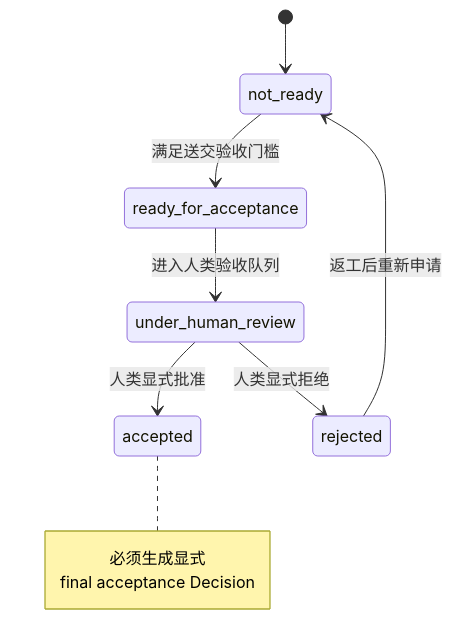
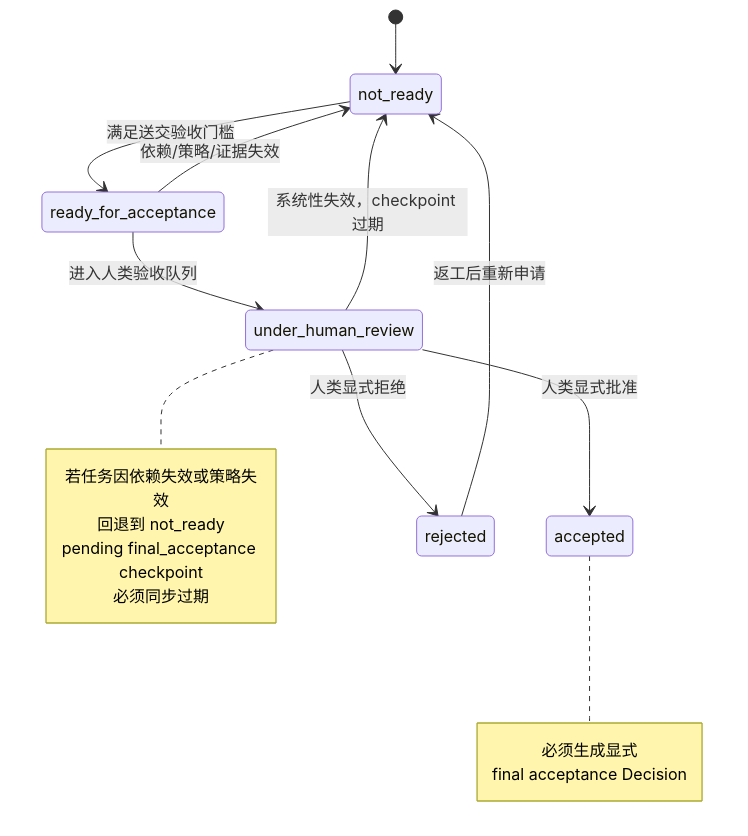
Before and after one commit to ianfksyd/roambench: diagram 12 of 17 in docs/project-control-discussions/information-architecture.md, drawn with Mermaid. The commit also changed other lines of this file, not shown here.

Commit message:
docs: refine information architecture

````diff
--- a/docs/project-control-discussions/information-architecture.md
+++ b/docs/project-control-discussions/information-architecture.md
@@ -297,14 +304,23 @@
 ```mermaid
 stateDiagram-v2
     [*] --> not_ready
     not_ready --> ready_for_acceptance : 满足送交验收门槛
+    ready_for_acceptance --> not_ready : 依赖/策略/证据失效
     ready_for_acceptance --> under_human_review : 进入人类验收队列
+    under_human_review --> not_ready : 系统性失效，checkpoint 过期
     under_human_review --> accepted : 人类显式批准
     under_human_review --> rejected : 人类显式拒绝
     rejected --> not_ready : 返工后重新申请
 
     note right of accepted
         必须生成显式
         final acceptance Decision
     end note
+
+    note right of under_human_review
+        若任务因依赖失效或策略失效
+        回退到 not_ready
+        pending final_acceptance checkpoint
+        必须同步过期
+    end note
 ```
````
